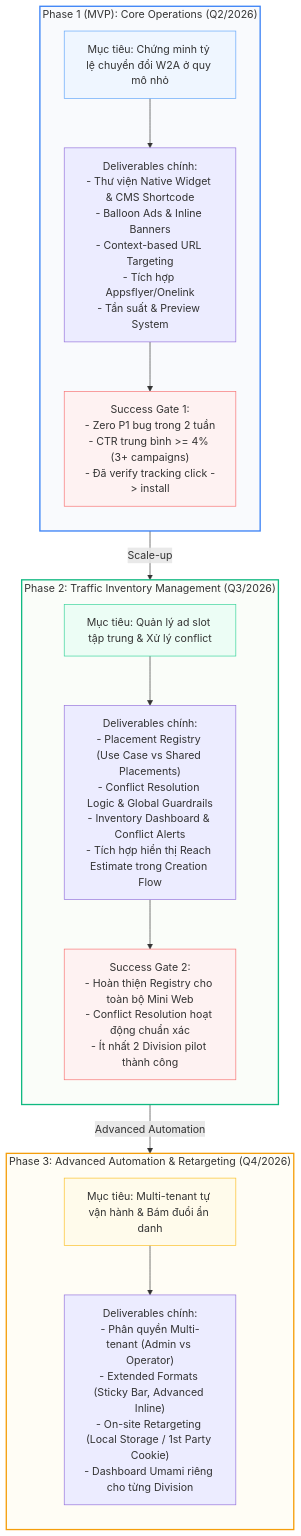
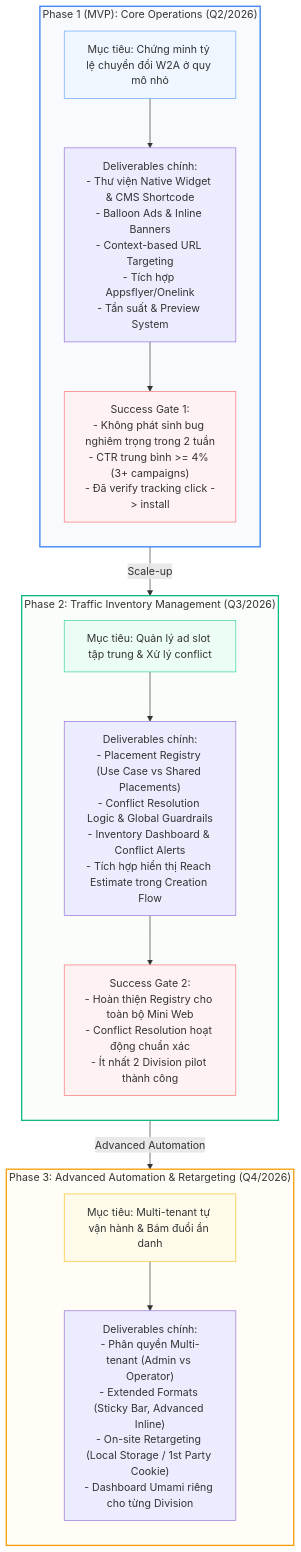
The first of 2 diagrams in 04_MOSPARK_PLATFORM/mospark_ads_manager.md (vanhien26/hienho-knowledgebase), drawn with Mermaid before and after one commit. The commit also changed other lines of this file and 217 other files, not shown here.

````diff
--- a/04_MOSPARK_PLATFORM/mospark_ads_manager.md
+++ b/04_MOSPARK_PLATFORM/mospark_ads_manager.md
@@ -330,63 +330,63 @@
 ```mermaid
 graph TD
     %% Phase 1
     subgraph P1 ["Phase 1 (MVP): Core Operations (Q2/2026)"]
         direction TB
         P1_Goal["Mục tiêu: Chứng minh tỷ lệ chuyển đổi W2A ở quy mô nhỏ"]
         P1_Deliverables["Deliverables chính:
 - Thư viện Native Widget & CMS Shortcode
 - Balloon Ads & Inline Banners
 - Context-based URL Targeting
 - Tích hợp Appsflyer/Onelink
 - Tần suất & Preview System"]
         P1_Gate["Success Gate 1:
-- Zero P1 bug trong 2 tuần
+- Không phát sinh bug nghiêm trọng trong 2 tuần
 - CTR trung bình >= 4% (3+ campaigns)
 - Đã verify tracking click -> install"]
         P1_Goal --> P1_Deliverables --> P1_Gate
     end
 
     %% Phase 2
     subgraph P2 ["Phase 2: Traffic Inventory Management (Q3/2026)"]
         direction TB
         P2_Goal["Mục tiêu: Quản lý ad slot tập trung & Xử lý conflict"]
         P2_Deliverables["Deliverables chính:
 - Placement Registry (Use Case vs Shared Placements)
 - Conflict Resolution Logic & Global Guardrails
 - Inventory Dashboard & Conflict Alerts
 - Tích hợp hiển thị Reach Estimate trong Creation Flow"]
         P2_Gate["Success Gate 2:
 - Hoàn thiện Registry cho toàn bộ Mini Web
 - Conflict Resolution hoạt động chuẩn xác
 - Ít nhất 2 Division pilot thành công"]
         P2_Goal --> P2_Deliverables --> P2_Gate
     end
 
     %% Phase 3
     subgraph P3 ["Phase 3: Advanced Automation & Retargeting (Q4/2026)"]
         direction TB
         P3_Goal["Mục tiêu: Multi-tenant tự vận hành & Bám đuổi ẩn danh"]
         P3_Deliverables["Deliverables chính:
 - Phân quyền Multi-tenant (Admin vs Operator)
 - Extended Formats (Sticky Bar, Advanced Inline)
 - On-site Retargeting (Local Storage / 1st Party Cookie)
 - Dashboard Umami riêng cho từng Division"]
         P3_Goal --> P3_Deliverables
     end
 
     %% Flow transitions
     P1_Gate -->|"Scale-up"| P2_Goal
     P2_Gate -->|"Advanced Automation"| P3_Goal
 
     %% Styling for better aesthetics
     style P1 fill:#f9fafd,stroke:#3b82f6,stroke-width:2px
     style P2 fill:#fafdf9,stroke:#10b981,stroke-width:2px
     style P3 fill:#fffdf5,stroke:#f59e0b,stroke-width:2px
 
     style P1_Goal fill:#eff6ff,stroke:#60a5fa,stroke-width:1px
     style P2_Goal fill:#ecfdf5,stroke:#34d399,stroke-width:1px
     style P3_Goal fill:#fffbeb,stroke:#fbbf24,stroke-width:1px
 
     style P1_Gate fill:#fef2f2,stroke:#f87171,stroke-width:1px
     style P2_Gate fill:#fef2f2,stroke:#f87171,stroke-width:1px
 ```
````
